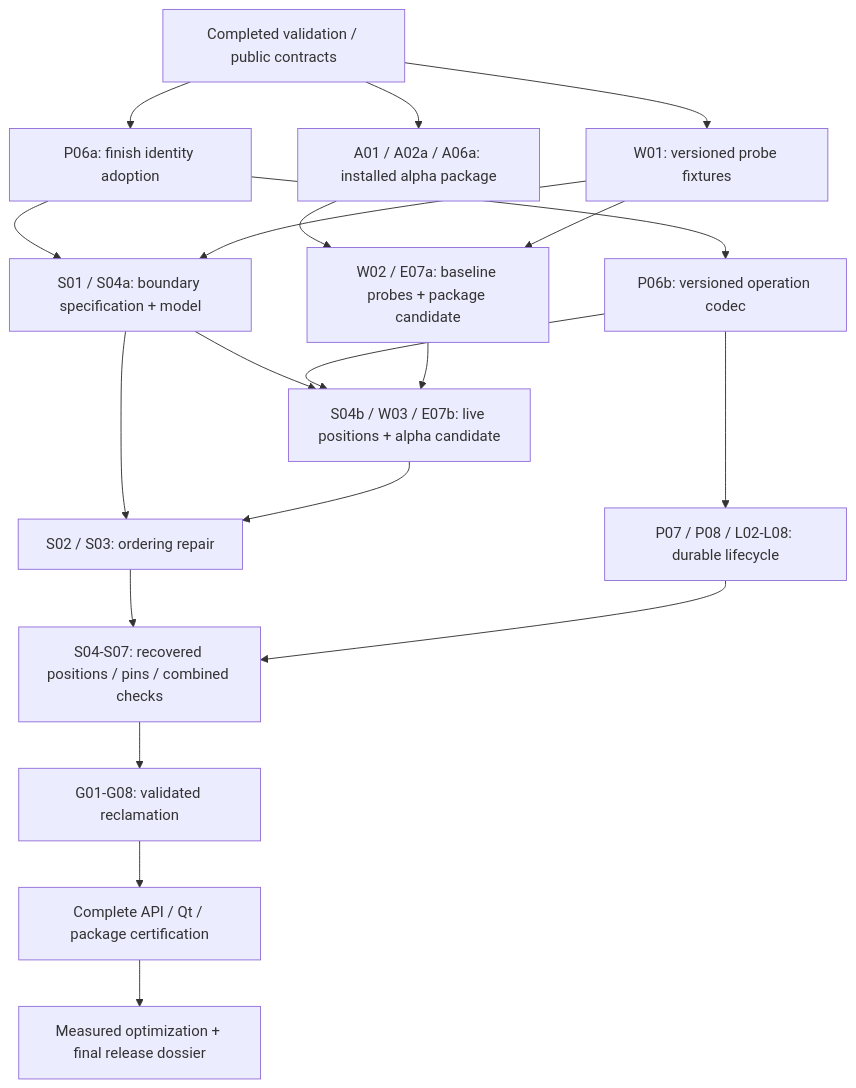
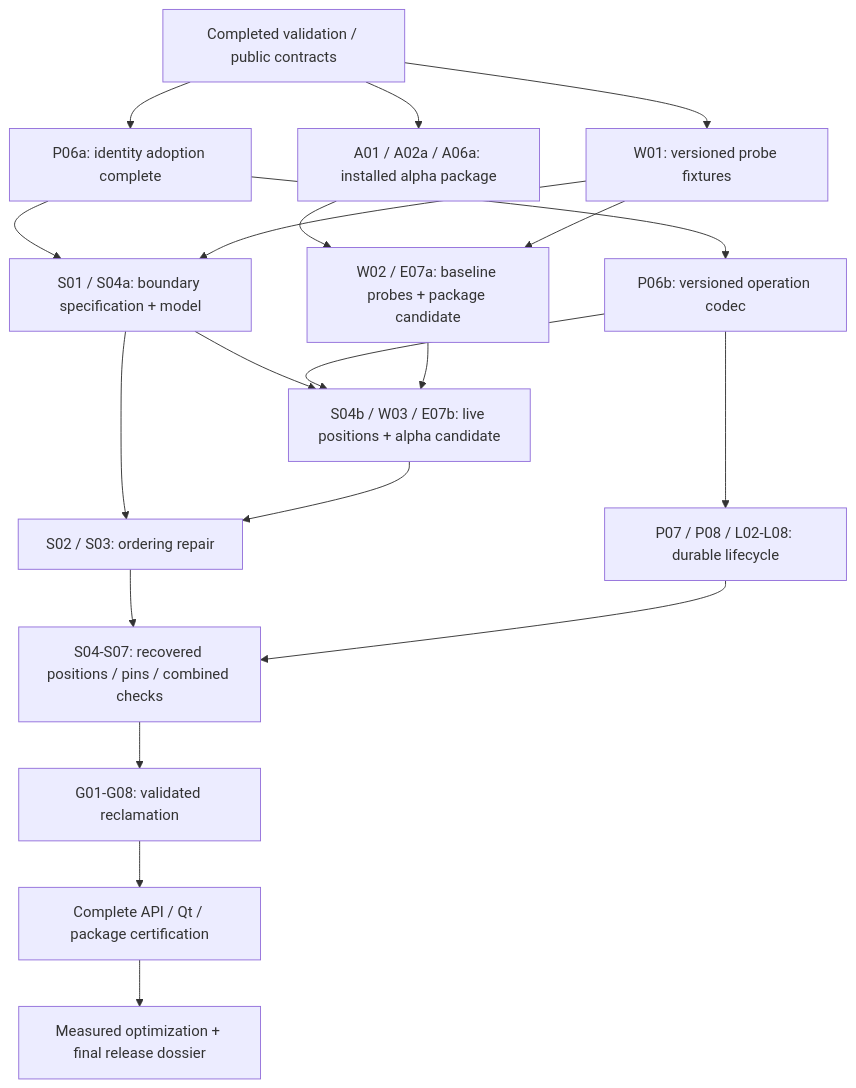
Before and after one commit to clintonthegeek/collabtext: the diagram in docs/roadmap/2026-10-reliability/README.md, drawn with Mermaid. The commit also changed other lines of this file and 22 other files, not shown here.

````diff
--- a/docs/roadmap/2026-10-reliability/README.md
+++ b/docs/roadmap/2026-10-reliability/README.md
@@ -38,22 +38,22 @@
 ```mermaid
 flowchart TD
-    V["Completed validation / public contracts"] --> P["P06a: finish identity adoption"]
+    V["Completed validation / public contracts"] --> P["P06a: identity adoption complete"]
     V --> A["A01 / A02a / A06a: installed alpha package"]
     V --> W["W01: versioned probe fixtures"]
     A --> B["W02 / E07a: baseline probes + package candidate"]
     W --> B
     P --> D["S01 / S04a: boundary specification + model"]
     W --> D
     P --> C["P06b: versioned operation codec"]
     D --> S["S04b / W03 / E07b: live positions + alpha candidate"]
     C --> S
     B --> S
     D --> O["S02 / S03: ordering repair"]
     S --> O
     C --> L["P07 / P08 / L02-L08: durable lifecycle"]
     O --> R["S04-S07: recovered positions / pins / combined checks"]
     L --> R
     R --> G["G01-G08: validated reclamation"]
     G --> F["Complete API / Qt / package certification"]
     F --> X["Measured optimization + final release dossier"]
 ```
````
